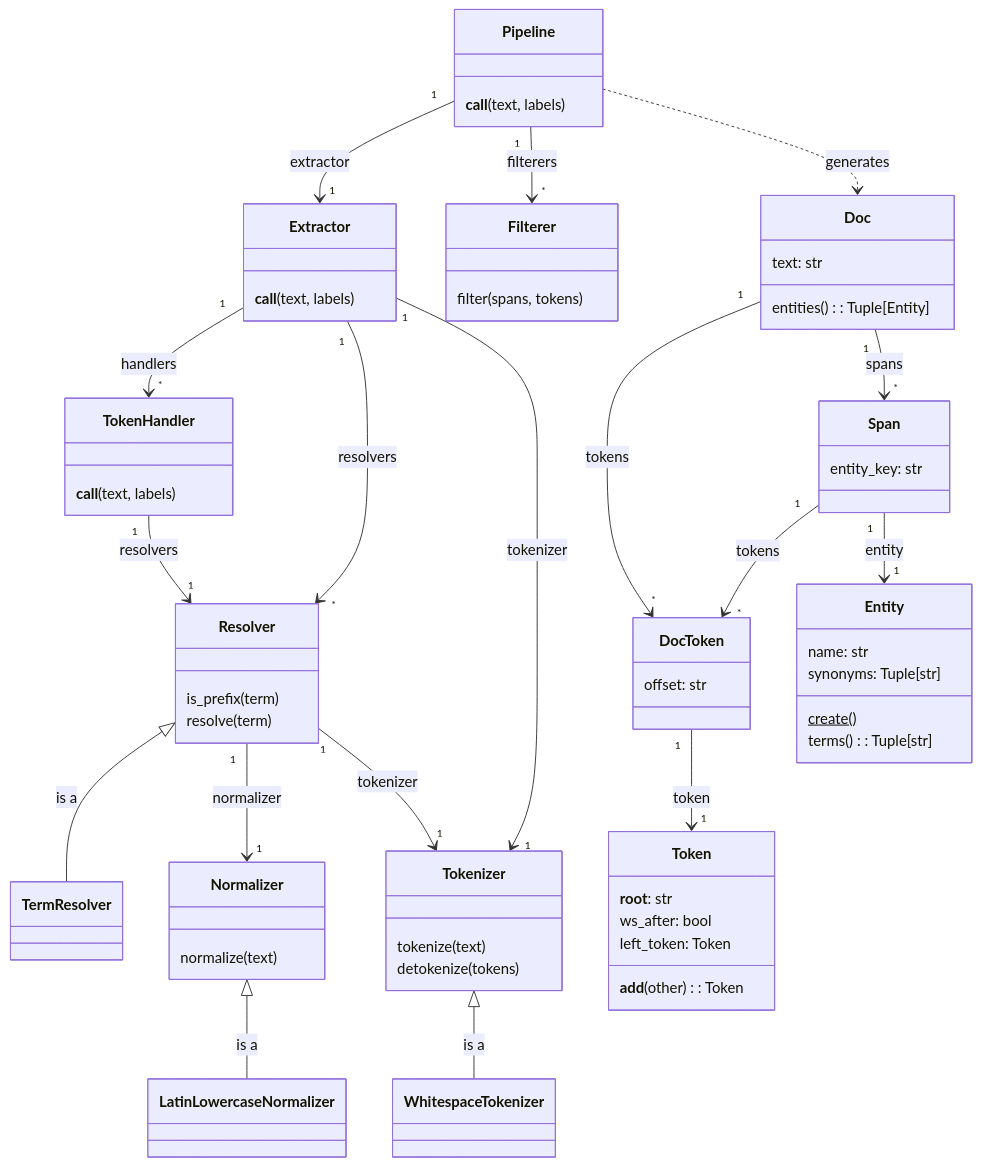
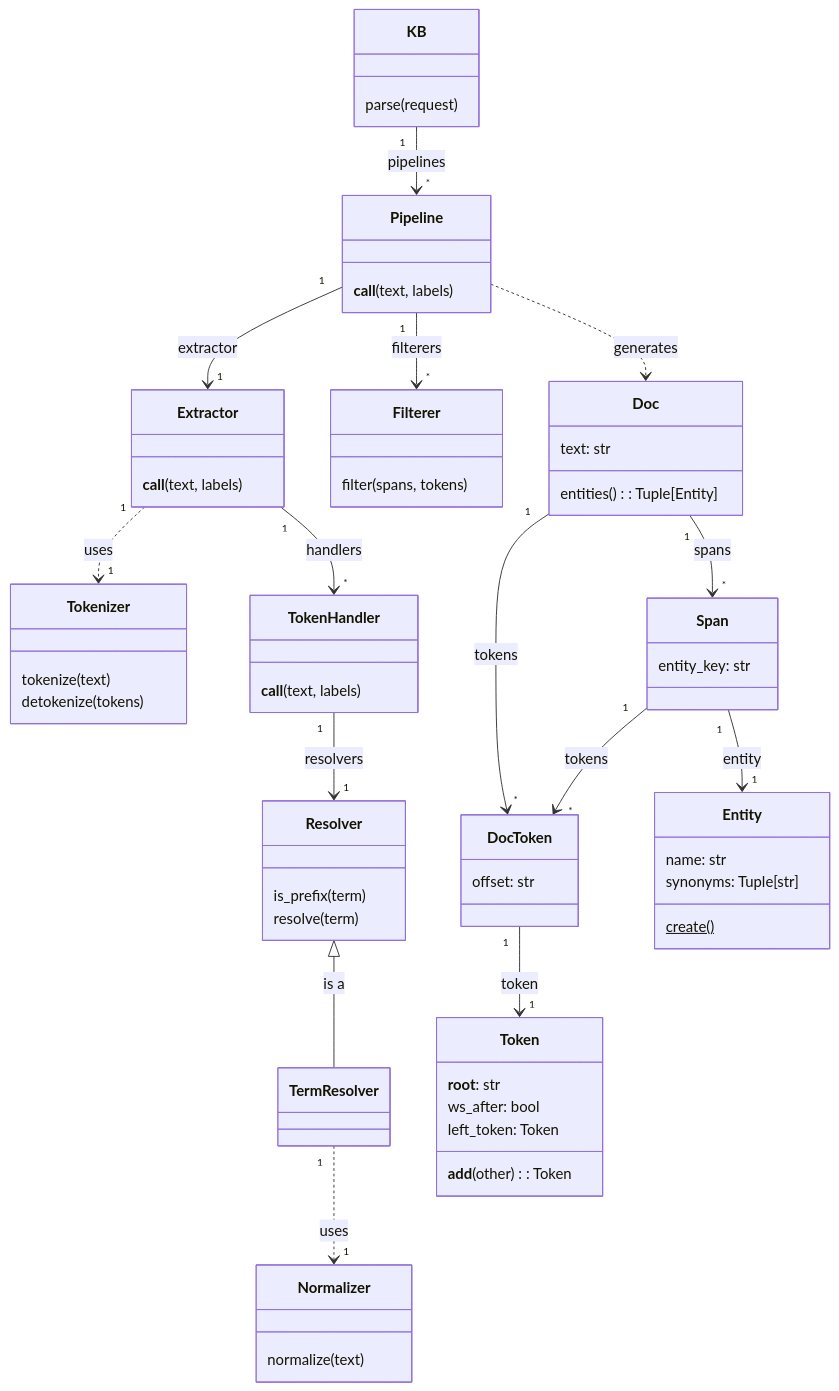
The diagram in docs/pipeline.md (Cyberian-Dev/entitykb), drawn with Mermaid before and after one commit. The commit also changed other lines of this file and 16 other files, not shown here.

````diff
--- a/docs/pipeline.md
+++ b/docs/pipeline.md
@@ -70,5 +124,11 @@
 ```mermaid
  classDiagram
+
+    class KB {
+        parse(request)
+    }
+
+    KB "1" --> "*" Pipeline: pipelines
 
     class Pipeline {
         __call__(text, labels)
@@ -80,15 +140,20 @@
         __call__(text, labels)
     }
 
+    Extractor "1" ..> "1" Tokenizer: uses
+
+    class Tokenizer {
+        tokenize(text)
+        detokenize(tokens)
+    }
+
     Extractor "1" --> "*" TokenHandler: handlers
 
     class TokenHandler {
         __call__(text, labels)
     }
 
-
     Token Handler "1" --> "1" Resolver: resolvers
-    Extractor "1" --> "*" Resolver: resolvers
 
     class Resolver {
         is_prefix(term)
@@ -100,28 +165,10 @@
     class TermResolver {
     }
 
-    Resolver "1" --> "1" Normalizer: normalizer
+    TermResolver "1" ..> "1" Normalizer: uses
 
     class Normalizer {
         normalize(text)
-    }
-
-    Normalizer <|-- LatinLowercaseNormalizer: is a
-
-    class LatinLowercaseNormalizer {
-    }
-
-    Extractor "1" --> "1" Tokenizer: tokenizer
-    Resolver "1" --> "1" Tokenizer: tokenizer
-
-    class Tokenizer {
-        tokenize(text)
-        detokenize(tokens)
-    }
-
-    Tokenizer <| -- WhitespaceTokenizer: is a
-
-    class WhitespaceTokenizer {
     }
 
     Pipeline "1" --> "*" Filterer: filterers
@@ -165,6 +212,5 @@
         name: str
         synonyms: Tuple[str]
         create()$
-        terms(): Tuple[str]
     }
 ```
````
